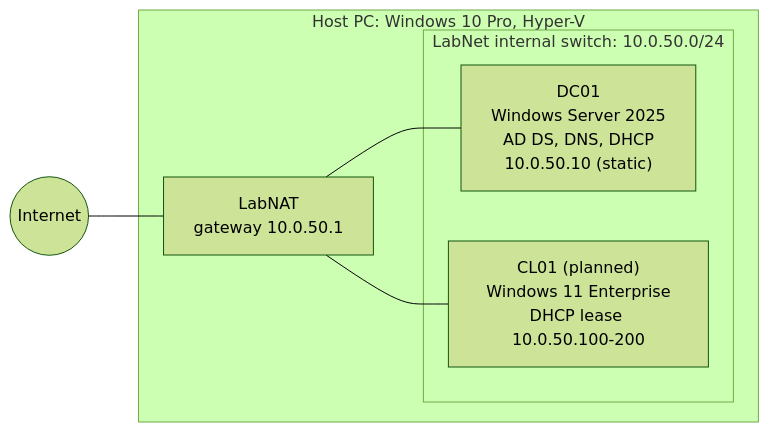
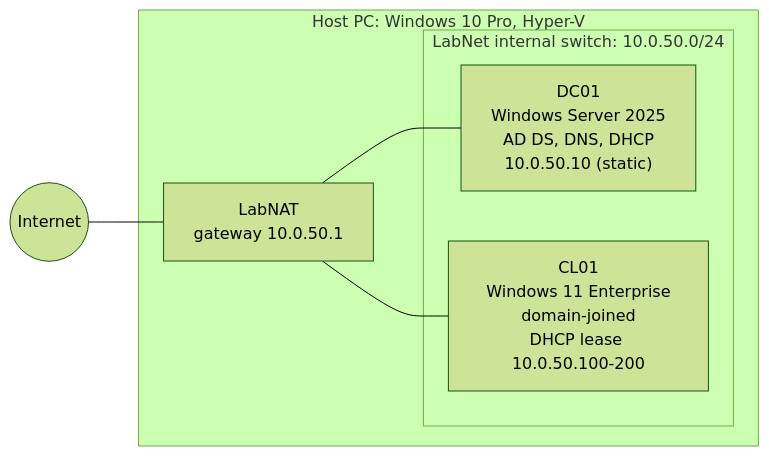
Before and after one commit to jocose-jo/home-it-lab: the diagram in README.md, drawn with Mermaid (forest theme). The commit also changed other lines of this file and 4 other files, not shown here.

First line of the commit message:
Add Windows 11 client build and domain join

````diff
--- a/README.md
+++ b/README.md
@@ -9,13 +9,13 @@
 ```mermaid
 flowchart LR
     Internet((Internet)) --- NAT
     subgraph Host["Host PC: Windows 10 Pro, Hyper-V"]
         NAT["LabNAT<br/>gateway 10.0.50.1"]
         subgraph LabNet["LabNet internal switch: 10.0.50.0/24"]
             DC01["DC01<br/>Windows Server 2025<br/>AD DS, DNS, DHCP<br/>10.0.50.10 (static)"]
-            CL01["CL01 (planned)<br/>Windows 11 Enterprise<br/>DHCP lease 10.0.50.100-200"]
+            CL01["CL01<br/>Windows 11 Enterprise<br/>domain-joined<br/>DHCP lease 10.0.50.100-200"]
         end
     end
     NAT --- DC01
     NAT --- CL01
 ```
````
